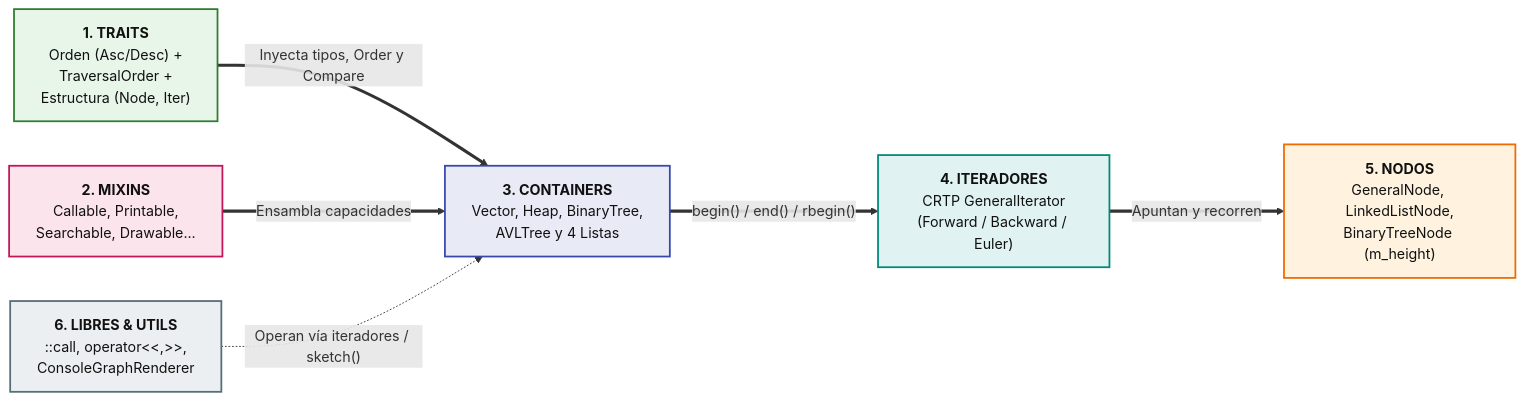
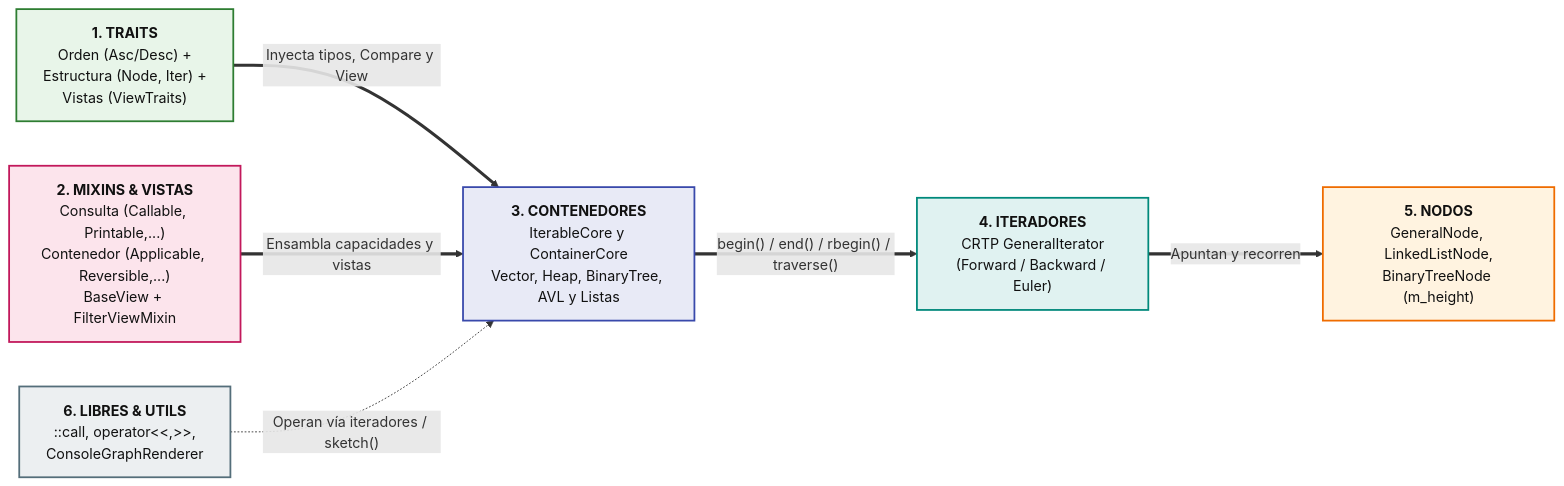
Before and after one commit to AldoLunaBueno/2026-II-CS-UNI-CC0E5-AEDAv: the first of 6 diagrams in README.md, drawn with Mermaid. The commit also changed other lines of this file and 2 other files, not shown here.

````diff
--- a/README.md
+++ b/README.md
@@ -7,29 +7,29 @@
 ```mermaid
 flowchart LR
-    TRAITS["<b>1. TRAITS</b><br/>Orden (Asc/Desc) +<br/>TraversalOrder +<br/>Estructura (Node, Iter)"]
-    MIXINS["<b>2. MIXINS</b><br/>Callable, Printable,<br/>Searchable, Drawable..."]
-    CONT["<b>3. CONTAINERS</b><br/>Vector, Heap, BinaryTree,<br/>AVLTree y 4 Listas"]
+    TRAITS["<b>1. TRAITS</b><br/>Orden (Asc/Desc) +<br/>Estructura (Node, Iter) +<br/>Vistas (ViewTraits)"]
+    MIXINS["<b>2. MIXINS & VISTAS</b><br/>Consulta (Callable, Printable,...)<br/>Contenedor (Applicable, Reversible,...)<br/>BaseView + FilterViewMixin"]
+    CONT["<b>3. CONTENEDORES</b><br/>IterableCore y ContainerCore<br/>Vector, Heap, BinaryTree, AVL y Listas"]
     ITER["<b>4. ITERADORES</b><br/>CRTP GeneralIterator<br/>(Forward / Backward / Euler)"]
     NODOS["<b>5. NODOS</b><br/>GeneralNode, LinkedListNode,<br/>BinaryTreeNode (m_height)"]
     LIBRES["<b>6. LIBRES & UTILS</b><br/>::call, operator&lt;&lt;,&gt;&gt;,<br/>ConsoleGraphRenderer"]
 
-    TRAITS ==>|"Inyecta tipos, Order y Compare"| CONT
-    MIXINS ==>|"Ensambla capacidades"| CONT
-    CONT ==>|"begin() / end() / rbegin()"| ITER
+    TRAITS ==>|"Inyecta tipos, Compare y View"| CONT
+    MIXINS ==>|"Ensambla capacidades y vistas"| CONT
+    CONT ==>|"begin() / end() / rbegin() / traverse()"| ITER
     ITER ==>|"Apuntan y recorren"| NODOS
     LIBRES -.->|"Operan vía iteradores / sketch()"| CONT
 
     classDef c1 fill:#E8EAF6,stroke:#3949AB,color:#111,stroke-width:2px;
     classDef c2 fill:#FCE4EC,stroke:#C2185B,color:#111,stroke-width:2px;
     classDef c3 fill:#E0F2F1,stroke:#00897B,color:#111,stroke-width:2px;
     classDef c4 fill:#FFF3E0,stroke:#EF6C00,color:#111,stroke-width:2px;
     classDef c5 fill:#E8F5E9,stroke:#2E7D32,color:#111,stroke-width:2px;
     classDef c6 fill:#ECEFF1,stroke:#546E7A,color:#111,stroke-width:2px;
 
     class CONT c1
     class MIXINS c2
     class ITER c3
     class NODOS c4
     class TRAITS c5
     class LIBRES c6
 ```
````
